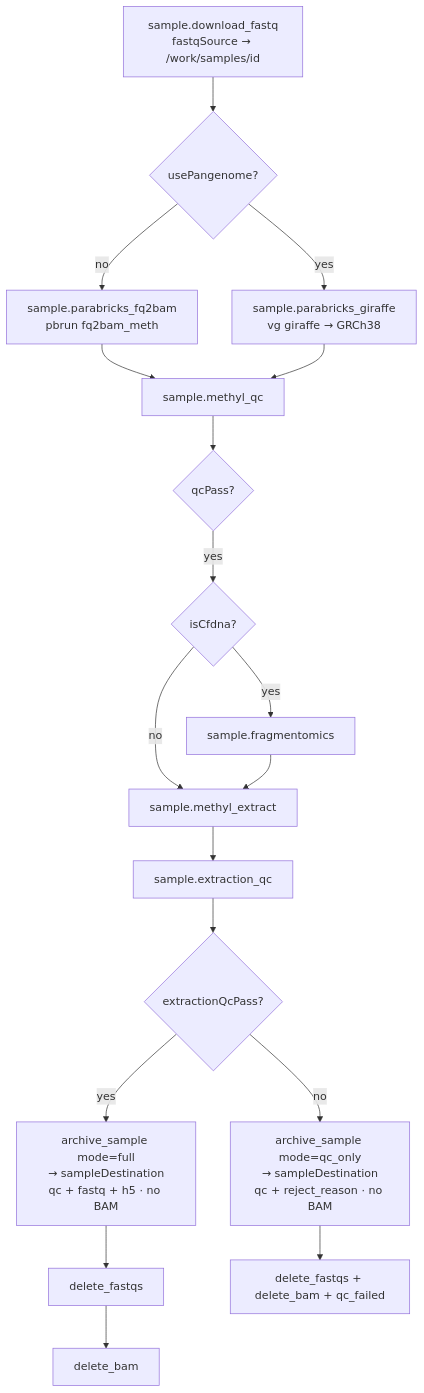
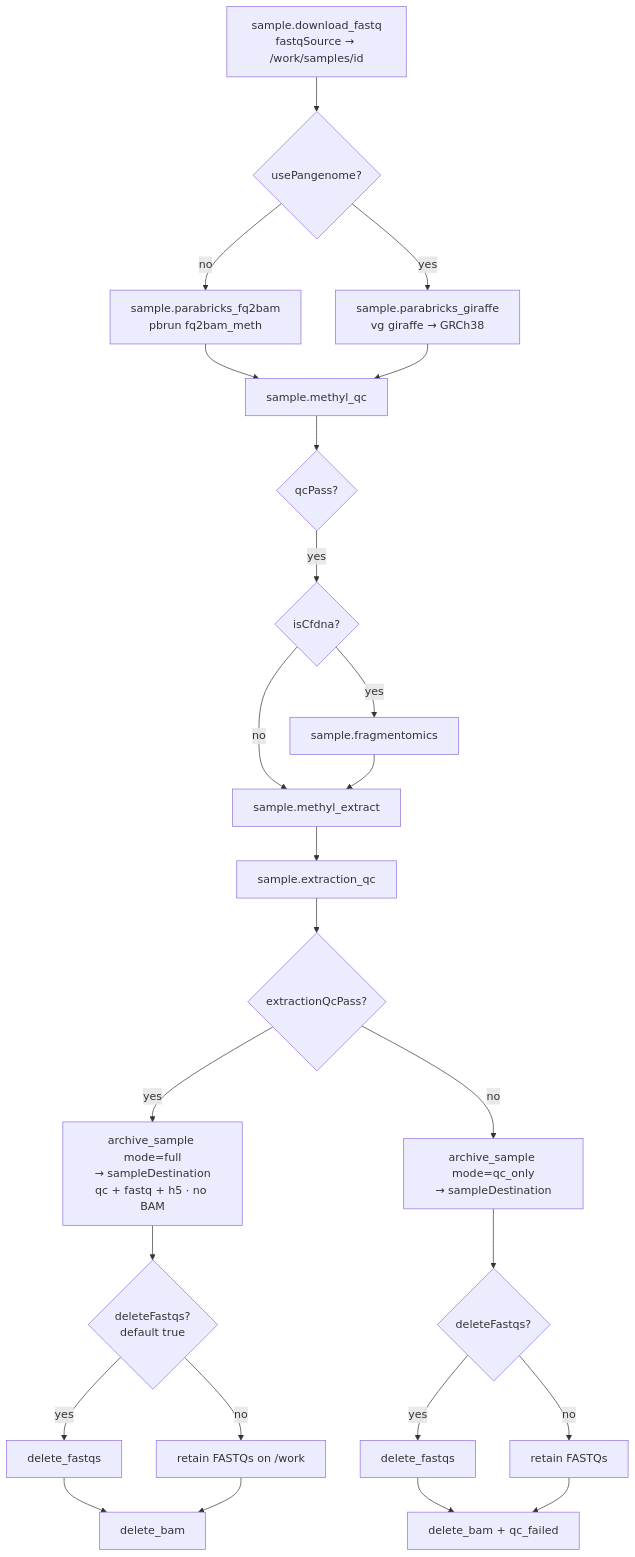
One commit to Goliath-Research/GoliathWorkflow changed the sixth of 18 diagrams in docs/architecture/end-to-end-workflow.md. Above: the diagram before and after it, drawn with Mermaid. The commit also changed other lines of this file and 9 other files, not shown here.

````diff
--- a/docs/architecture/end-to-end-workflow.md
+++ b/docs/architecture/end-to-end-workflow.md
@@ -143,20 +145,27 @@
 ```mermaid
 flowchart TD
   A["sample.download_fastq<br/>fastqSource → /work/samples/id"] --> B{"usePangenome?"}
   B -->|no| C["sample.parabricks_fq2bam<br/>pbrun fq2bam_meth"]
   B -->|yes| D["sample.parabricks_giraffe<br/>vg giraffe → GRCh38"]
   C --> E["sample.methyl_qc"]
   D --> E
   E --> F{"qcPass?"}
   F -->|yes| G{"isCfdna?"}
   G -->|yes| H["sample.fragmentomics"]
   G -->|no| I["sample.methyl_extract"]
   H --> I
   I --> J["sample.extraction_qc"]
   J --> K{"extractionQcPass?"}
   K -->|yes| L["archive_sample mode=full<br/>→ sampleDestination<br/>qc + fastq + h5 · no BAM"]
-  L --> M["delete_fastqs"]
-  M --> N["delete_bam"]
-  K -->|no| O["archive_sample mode=qc_only<br/>→ sampleDestination<br/>qc + reject_reason · no BAM"]
-  O --> P["delete_fastqs + delete_bam + qc_failed"]
+  L --> M{"deleteFastqs?<br/>default true"}
+  M -->|yes| N["delete_fastqs"]
+  M -->|no| O["retain FASTQs on /work"]
+  N --> P["delete_bam"]
+  O --> P
+  K -->|no| Q["archive_sample mode=qc_only<br/>→ sampleDestination"]
+  Q --> R{"deleteFastqs?"}
+  R -->|yes| S["delete_fastqs"]
+  R -->|no| T["retain FASTQs"]
+  S --> U["delete_bam + qc_failed"]
+  T --> U
 ```
````
